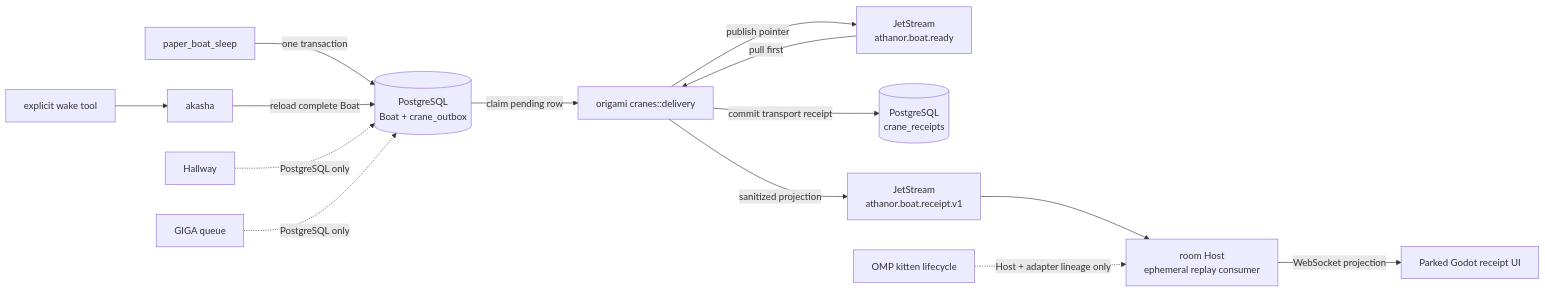
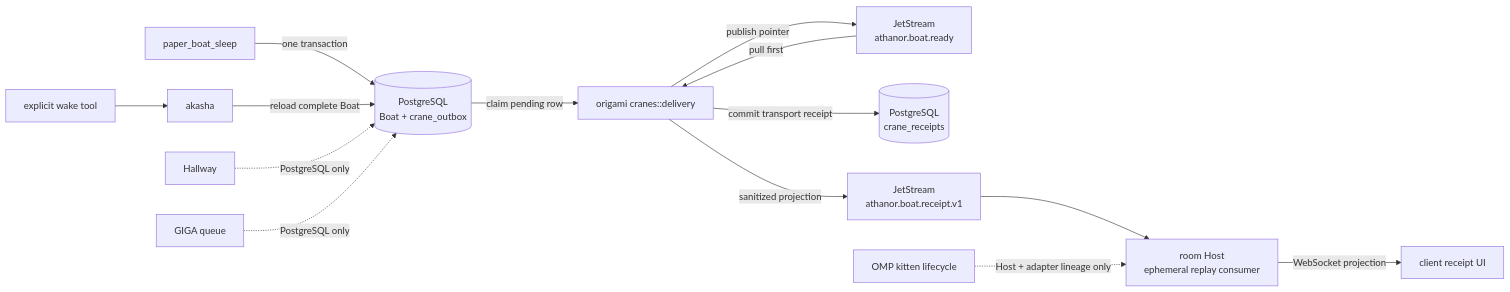
The second of 4 diagrams in docs/RUNTIME_ARCHITECTURE.md (solarisael/the-athanor), drawn with Mermaid before and after one commit. The commit also changed other lines of this file and 431 other files, not shown here.

First line of the commit message:
Stop shipping the parked Godot client

````diff
--- a/docs/RUNTIME_ARCHITECTURE.md
+++ b/docs/RUNTIME_ARCHITECTURE.md
@@ -594,18 +593,18 @@
 ```mermaid
 flowchart LR
   SLEEP["paper_boat_sleep"] -->|"one transaction"| PG[("PostgreSQL<br/>Boat + crane_outbox")]
   PG -->|"claim pending row"| DELIVERY["origami cranes::delivery"]
   DELIVERY -->|"publish pointer"| READY["JetStream<br/>athanor.boat.ready"]
   READY -->|"pull first"| DELIVERY
   DELIVERY -->|"commit transport receipt"| RECEIPTS[("PostgreSQL<br/>crane_receipts")]
   DELIVERY -->|"sanitized projection"| RECEIPT_STREAM["JetStream<br/>athanor.boat.receipt.v1"]
   RECEIPT_STREAM --> HOST["room Host<br/>ephemeral replay consumer"]
-  HOST -->|"WebSocket projection"| GODOT["Parked Godot receipt UI"]
+  HOST -->|"WebSocket projection"| CLIENT["client receipt UI"]
 
   WAKE["explicit wake tool"] --> SUBSTRATE["akasha"]
   SUBSTRATE -->|"reload complete Boat"| PG
 
   HALLWAY["Hallway"] -.->|"PostgreSQL only"| PG
   GIGA["GIGA queue"] -.->|"PostgreSQL only"| PG
   KITTEN["OMP kitten lifecycle"] -.->|"Host + adapter lineage only"| HOST
 ```
````
